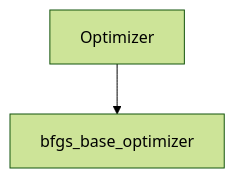
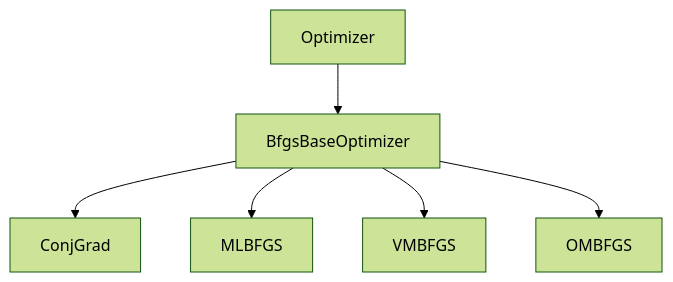
Before and after one commit to vincent-teh/Vectorform_BFGS: the diagram in README.md, drawn with Mermaid (forest theme). The commit also changed other lines of this file, not shown here.

Commit message:
updated class structure

````diff
--- a/README.md
+++ b/README.md
@@ -9,5 +9,9 @@
 ```mermaid
 flowchart TD
-    A[Optimizer] --> B[bfgs_base_optimizer];
-    
+    A[Optimizer] --> B[BfgsBaseOptimizer];
+    B[BfgsBaseOptimizer] --> C[ConjGrad];
+    B[BfgsBaseOptimizer] --> D[MLBFGS];
+    B[BfgsBaseOptimizer] --> E[VMBFGS];
+    B[BfgsBaseOptimizer] --> F[OMBFGS];
+
 ```
````
